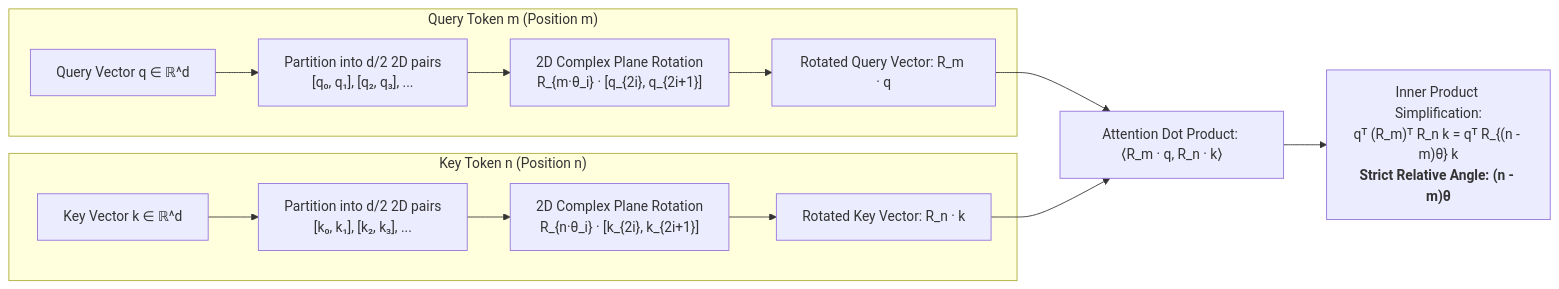
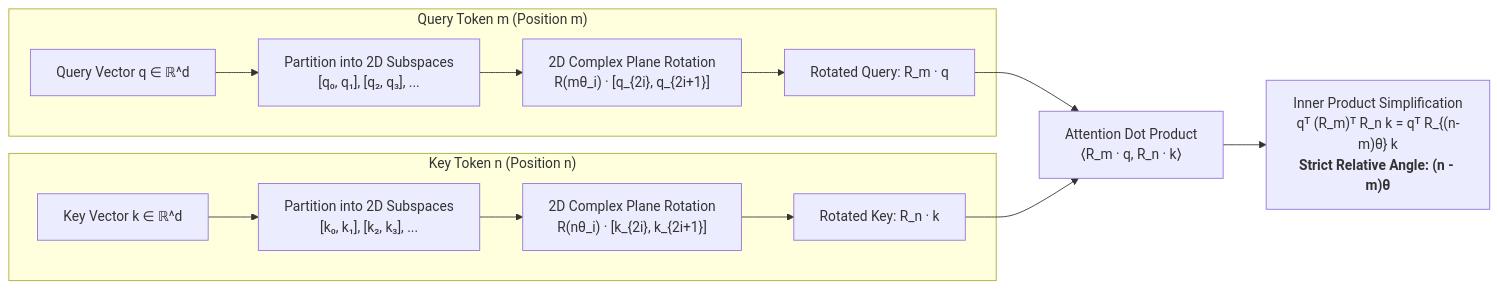
One commit to shotsan/llmnerd changed the third of 3 diagrams in content/foundations/positional_encoding.md. Above: the diagram before and after it, drawn with Mermaid. The commit also changed other lines of this file and 7 other files, not shown here.

Commit message:
style(mermaid): upgrade diagram aesthetics with modern card wrapper, themeVariables, and refined typography

````diff
--- a/content/foundations/positional_encoding.md
+++ b/content/foundations/positional_encoding.md
@@ -163,19 +163,19 @@
 ```mermaid
 graph LR
     subgraph TokenM["Query Token m (Position m)"]
-        Qm["Query Vector q ∈ ℝ^d"] --> SplitM["Partition into d/2 2D pairs<br/>[q₀, q₁], [q₂, q₃], ..."]
-        SplitM --> RotM["2D Complex Plane Rotation<br/>R_{m·θ_i} · [q_{2i}, q_{2i+1}]"]
-        RotM --> RotatedQ["Rotated Query Vector: R_m · q"]
+        Qm["Query Vector q ∈ ℝ^d"] --> SplitM["Partition into 2D Subspaces<br/>[q₀, q₁], [q₂, q₃], ..."]
+        SplitM --> RotM["2D Complex Plane Rotation<br/>R(mθ_i) · [q_{2i}, q_{2i+1}]"]
+        RotM --> RotatedQ["Rotated Query: R_m · q"]
     end
 
     subgraph TokenN["Key Token n (Position n)"]
-        Kn["Key Vector k ∈ ℝ^d"] --> SplitN["Partition into d/2 2D pairs<br/>[k₀, k₁], [k₂, k₃], ..."]
-        SplitN --> RotN["2D Complex Plane Rotation<br/>R_{n·θ_i} · [k_{2i}, k_{2i+1}]"]
-        RotN --> RotatedK["Rotated Key Vector: R_n · k"]
+        Kn["Key Vector k ∈ ℝ^d"] --> SplitN["Partition into 2D Subspaces<br/>[k₀, k₁], [k₂, k₃], ..."]
+        SplitN --> RotN["2D Complex Plane Rotation<br/>R(nθ_i) · [k_{2i}, k_{2i+1}]"]
+        RotN --> RotatedK["Rotated Key: R_n · k"]
     end
 
-    RotatedQ --> AttnDot["Attention Dot Product: ⟨R_m · q, R_n · k⟩"]
+    RotatedQ --> AttnDot["Attention Dot Product<br/>⟨R_m · q, R_n · k⟩"]
     RotatedK --> AttnDot
 
-    AttnDot --> RelativeScore["Inner Product Simplification:<br/>qᵀ (R_m)ᵀ R_n k = qᵀ R_{(n - m)θ} k<br/><b>Strict Relative Angle: (n - m)θ</b>"]
+    AttnDot --> RelativeScore["Inner Product Simplification<br/>qᵀ (R_m)ᵀ R_n k = qᵀ R_{(n-m)θ} k<br/><b>Strict Relative Angle: (n - m)θ</b>"]
 ```
````
